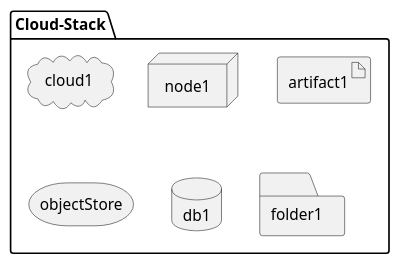
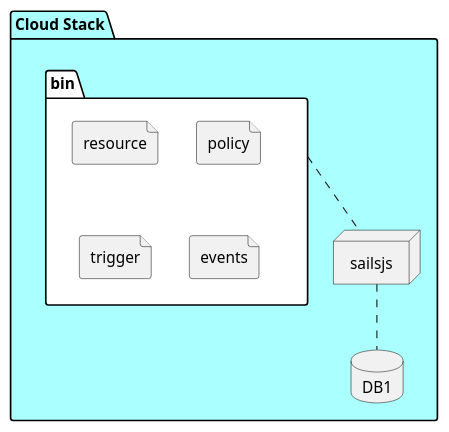
The diagram in docs/Solution/Cloud-Stack/Deployment.puml (CAADE/fleet), drawn with PlantUML before and after one commit. The commit also changed 14 other files, not shown here.

```diff
--- a/docs/Solution/Cloud-Stack/Deployment.puml
+++ b/docs/Solution/Cloud-Stack/Deployment.puml
@@ -1,12 +1,17 @@
 @startuml
 
-package  "Cloud-Stack" {
-  cloud cloud1
-  node node1
-  artifact artifact1
-  storage objectStore
-  database db1
-  folder folder1
+package  "Cloud Stack" #aaffff {
+  folder bin #ffffff {
+    file resource
+    file policy
+    file trigger
+    file events
+  }
+  node sailsjs
+  database DB1
+
+  sailsjs .. DB1
+  bin .. sailsjs
 }
 
 @enduml
```
